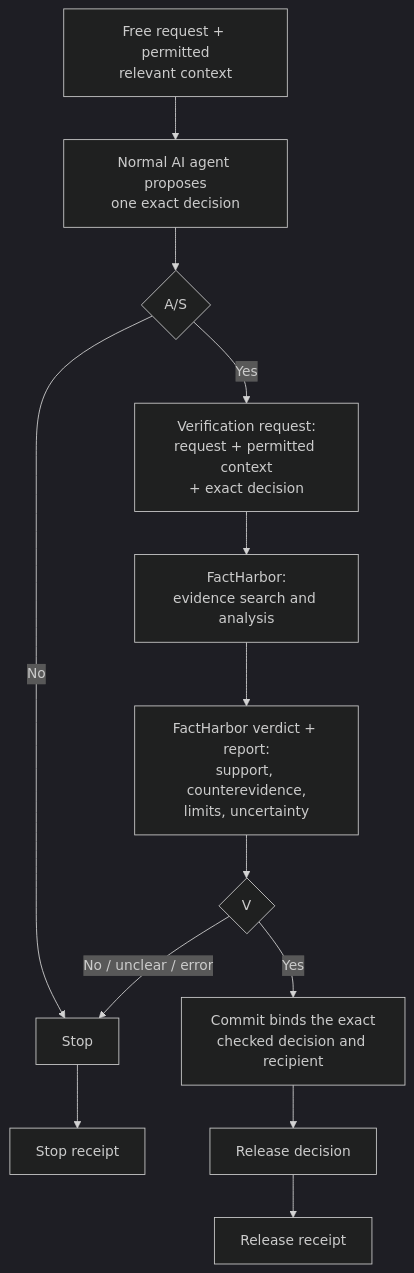
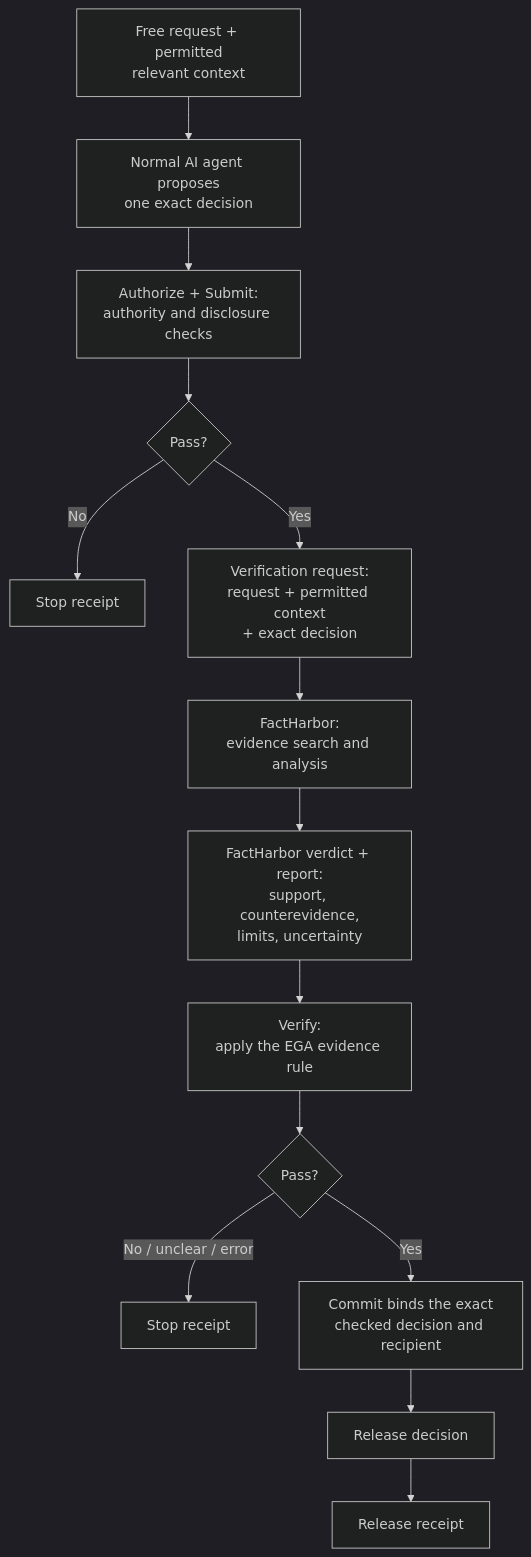
Before and after one commit to robertschaub/our-ai-charter: the second of 2 diagrams in docs/Assurance/Concepts/evidence-gated-agents.md, drawn with Mermaid (dark theme). The commit also changed other lines of this file, not shown here.

Commit message:
docs(ega): simplify diagram decision flow

````diff
--- a/docs/Assurance/Concepts/evidence-gated-agents.md
+++ b/docs/Assurance/Concepts/evidence-gated-agents.md
@@ -104,15 +90,16 @@
 ```mermaid
 flowchart TD
     U["Free request + permitted<br/>relevant context"] --> A["Normal AI agent proposes<br/>one exact decision"]
-    A --> G{"A/S"}
-    G -->|No| N["Stop"]
-    G -->|Yes| Q["Verification request:<br/>request + permitted context<br/>+ exact decision"]
+    A --> PRE["Authorize + Submit:<br/>authority and disclosure checks"]
+    PRE --> P{"Pass?"}
+    P -->|No| N1["Stop receipt"]
+    P -->|Yes| Q["Verification request:<br/>request + permitted context<br/>+ exact decision"]
     Q --> F["FactHarbor:<br/>evidence search and analysis"]
     F --> FR["FactHarbor verdict + report:<br/>support, counterevidence,<br/>limits, uncertainty"]
-    FR --> R{"V"}
-    R -->|No / unclear / error| N
-    R -->|Yes| C["Commit binds the exact<br/>checked decision and recipient"]
+    FR --> V["Verify:<br/>apply the EGA evidence rule"]
+    V --> D{"Pass?"}
+    D -->|No / unclear / error| N2["Stop receipt"]
+    D -->|Yes| C["Commit binds the exact<br/>checked decision and recipient"]
     C --> O["Release decision"]
     O --> RR["Release receipt"]
-    N --> NR["Stop receipt"]
 ```
````
